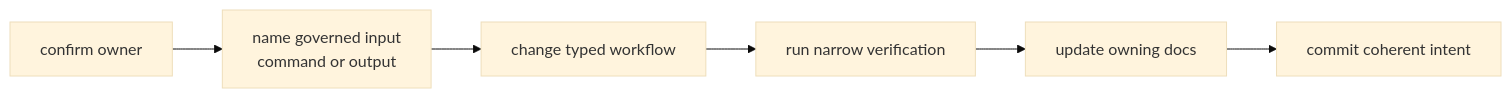
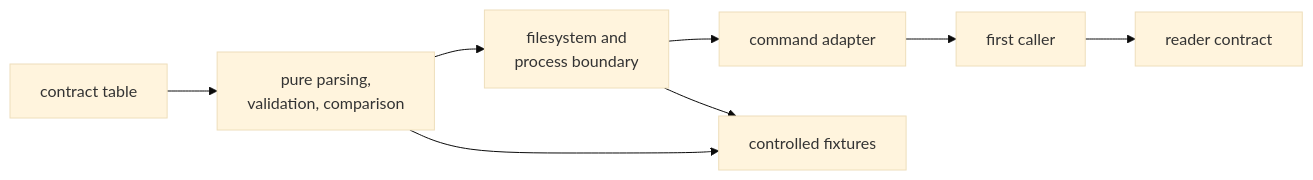
One commit to bijux/bijux-telecom changed the second of 2 diagrams in docs/07-bijux-gnss-dev/operations/contribution-guide.md. Above: the diagram before and after it, drawn with Mermaid (base theme). The commit also changed other lines of this file and 1 other file, not shown here.

Commit message:
docs(dev): govern maintainer workflow contributions

````diff
--- a/docs/07-bijux-gnss-dev/operations/contribution-guide.md
+++ b/docs/07-bijux-gnss-dev/operations/contribution-guide.md
@@ -19,11 +78,15 @@
 ```mermaid
 flowchart LR
-    owner["confirm owner"]
-    contract["name governed input<br/>command or output"]
-    implementation["change typed workflow"]
-    proof["run narrow verification"]
-    docs["update owning docs"]
-    commit["commit coherent intent"]
+    contract["contract table"]
+    core["pure parsing,<br/>validation, comparison"]
+    shell["filesystem and<br/>process boundary"]
+    command["command adapter"]
+    fixtures["controlled fixtures"]
+    consumer["first caller"]
+    docs["reader contract"]
 
-    owner --> contract --> implementation --> proof --> docs --> commit
+    contract --> core --> shell --> command
+    core --> fixtures
+    shell --> fixtures
+    command --> consumer --> docs
 ```
````
